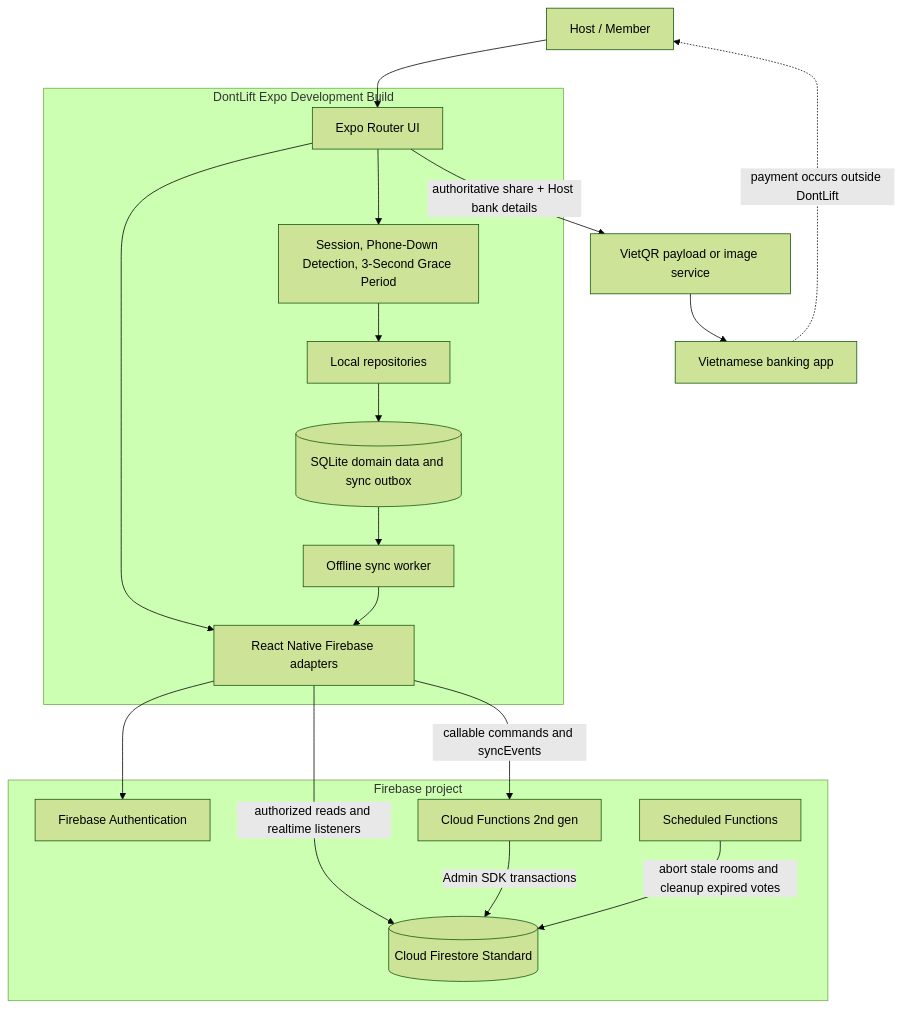
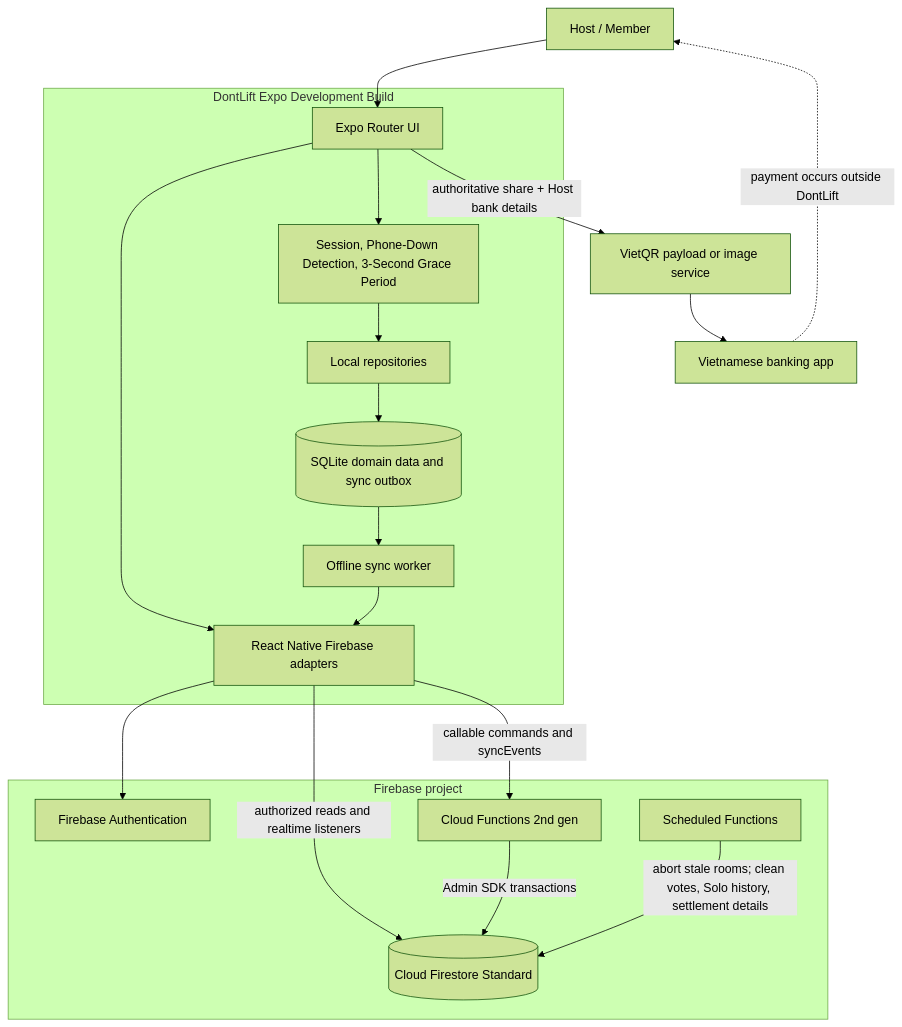
The diagram in dontlift-mobile/design/system-context.mmd (coder-fishing/DontLift-Mobile), drawn with Mermaid (forest theme) before and after one commit. The commit also changed 13 other files, not shown here.

Commit message:
docs(architecture): resolve P5.2 review findings

```diff
--- a/dontlift-mobile/design/system-context.mmd
+++ b/dontlift-mobile/design/system-context.mmd
@@ -1,36 +1,36 @@
 flowchart TB
     User["Host / Member"]
     BankApp["Vietnamese banking app"]
     VietQR["VietQR payload or image service"]
 
     subgraph Mobile["DontLift Expo Development Build"]
         UI["Expo Router UI"]
         Domain["Session, Phone-Down Detection, 3-Second Grace Period"]
         Repo["Local repositories"]
         SQLite[("SQLite domain data and sync outbox")]
         FirebaseAdapter["React Native Firebase adapters"]
         Sync["Offline sync worker"]
     end
 
     subgraph Firebase["Firebase project"]
         Auth["Firebase Authentication"]
         Firestore[("Cloud Firestore Standard")]
         Functions["Cloud Functions 2nd gen"]
         Scheduler["Scheduled Functions"]
     end
 
     User --> UI
     UI --> Domain
     Domain --> Repo
     Repo --> SQLite
     SQLite --> Sync
     UI --> FirebaseAdapter
     Sync --> FirebaseAdapter
     FirebaseAdapter --> Auth
     FirebaseAdapter -->|"authorized reads and realtime listeners"| Firestore
     FirebaseAdapter -->|"callable commands and syncEvents"| Functions
     Functions -->|"Admin SDK transactions"| Firestore
-    Scheduler -->|"abort stale rooms and cleanup expired votes"| Firestore
+    Scheduler -->|"abort stale rooms; clean votes, Solo history, settlement details"| Firestore
     UI -->|"authoritative share + Host bank details"| VietQR
     VietQR --> BankApp
     BankApp -.->|"payment occurs outside DontLift"| User
```
